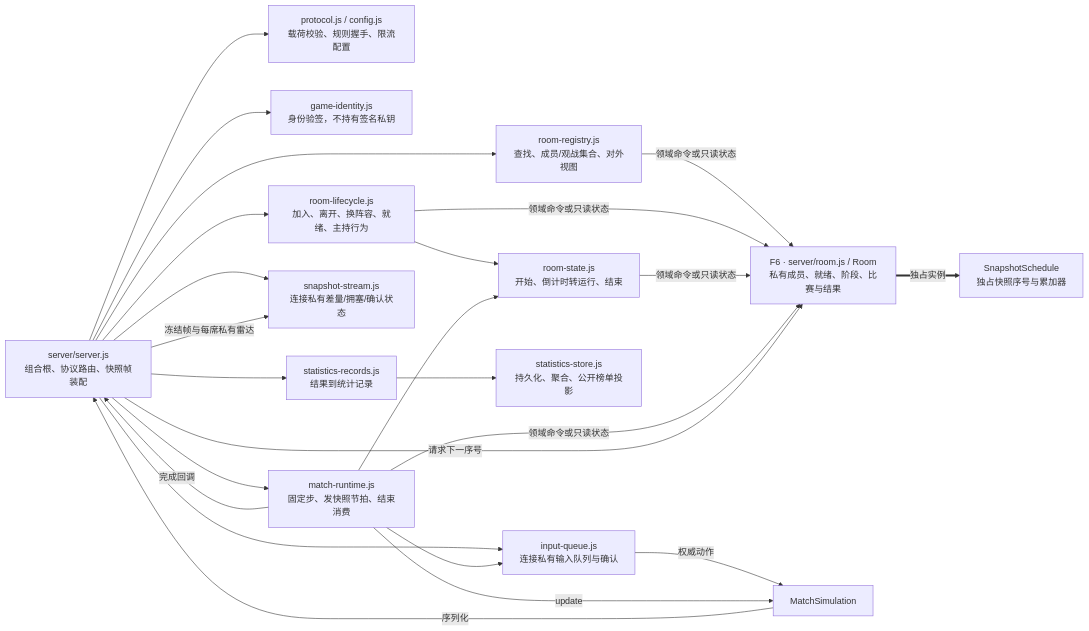
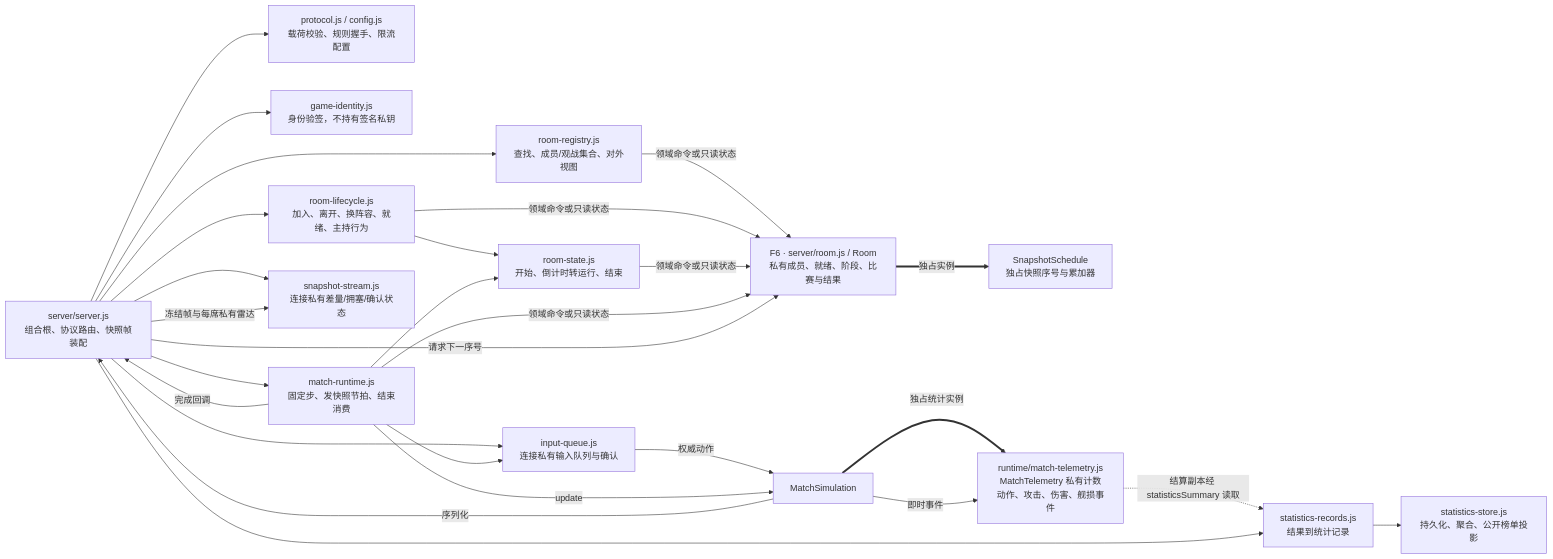
One commit to Haruhi-Labs/TDOS changed the eighth of 9 diagrams in docs/architecture-map.md. Above: the diagram before and after it, drawn with Mermaid. The commit also changed other lines of this file and 9 other files, not shown here.

````diff
--- a/docs/architecture-map.md
+++ b/docs/architecture-map.md
@@ -391,30 +391,34 @@
 ```mermaid
 flowchart LR
   SERVER["server/server.js<br/>组合根、协议路由、快照帧装配"]
   PROTOCOL["protocol.js / config.js<br/>载荷校验、规则握手、限流配置"]
   ID["game-identity.js<br/>身份验签，不持有签名私钥"]
   REG["room-registry.js<br/>查找、成员/观战集合、对外视图"]
   LIFE["room-lifecycle.js<br/>加入、离开、换阵容、就绪、主持行为"]
   STATE["room-state.js<br/>开始、倒计时转运行、结束"]
   RUNTIME["match-runtime.js<br/>固定步、发快照节拍、结束消费"]
   ROOM["F6 · server/room.js / Room<br/>私有成员、就绪、阶段、比赛与结果"]
   SCHEDULE["SnapshotSchedule<br/>独占快照序号与累加器"]
   INPUT["input-queue.js<br/>连接私有输入队列与确认"]
   STREAM["snapshot-stream.js<br/>连接私有差量/拥塞/确认状态"]
   MATCH["MatchSimulation"]
+  TELEMETRY["runtime/match-telemetry.js<br/>MatchTelemetry 私有计数<br/>动作、攻击、伤害、舰损事件"]
   RECORD["statistics-records.js<br/>结果到统计记录"]
   STORE["statistics-store.js<br/>持久化、聚合、公开榜单投影"]
   SERVER --> PROTOCOL & ID & REG & LIFE & RUNTIME & INPUT & STREAM
   REG & LIFE & STATE & RUNTIME -->|领域命令或只读状态| ROOM
   SERVER -->|请求下一序号| ROOM
   ROOM ==>|独占实例| SCHEDULE
   LIFE --> STATE
   RUNTIME --> STATE
   RUNTIME --> INPUT
   INPUT -->|权威动作| MATCH
   RUNTIME -->|update| MATCH
   MATCH -->|序列化| SERVER
   SERVER -->|冻结帧与每席私有雷达| STREAM
   RUNTIME -->|完成回调| SERVER
+  MATCH ==>|独占统计实例| TELEMETRY
+  MATCH -->|即时事件| TELEMETRY
+  TELEMETRY -.->|结算副本经 statisticsSummary 读取| RECORD
   SERVER --> RECORD --> STORE
 ```
````
